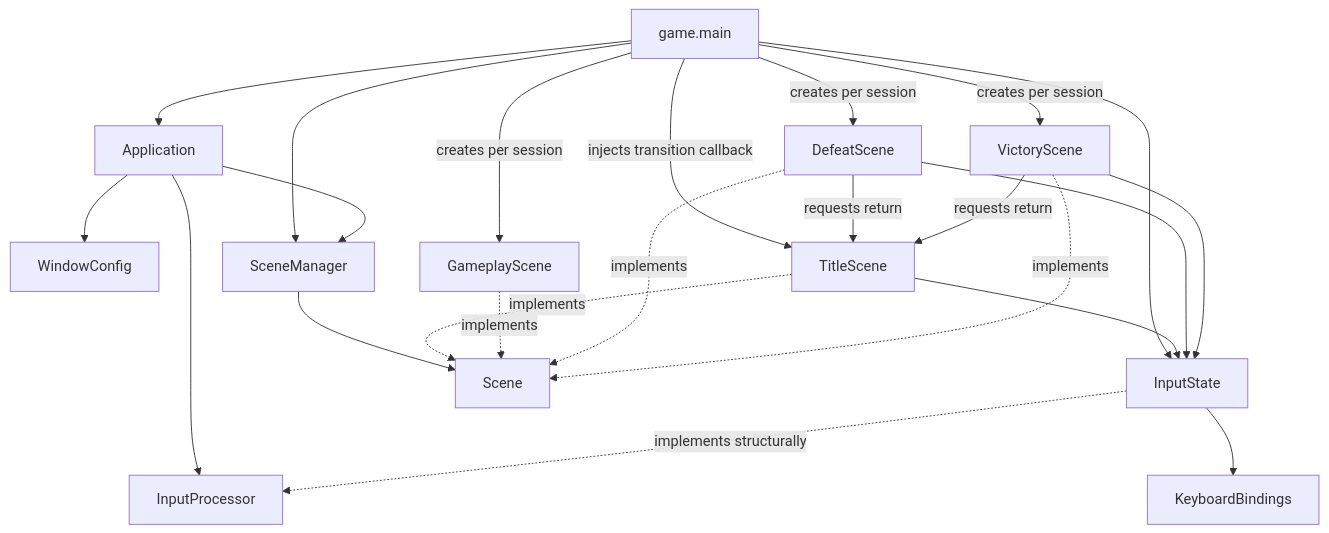
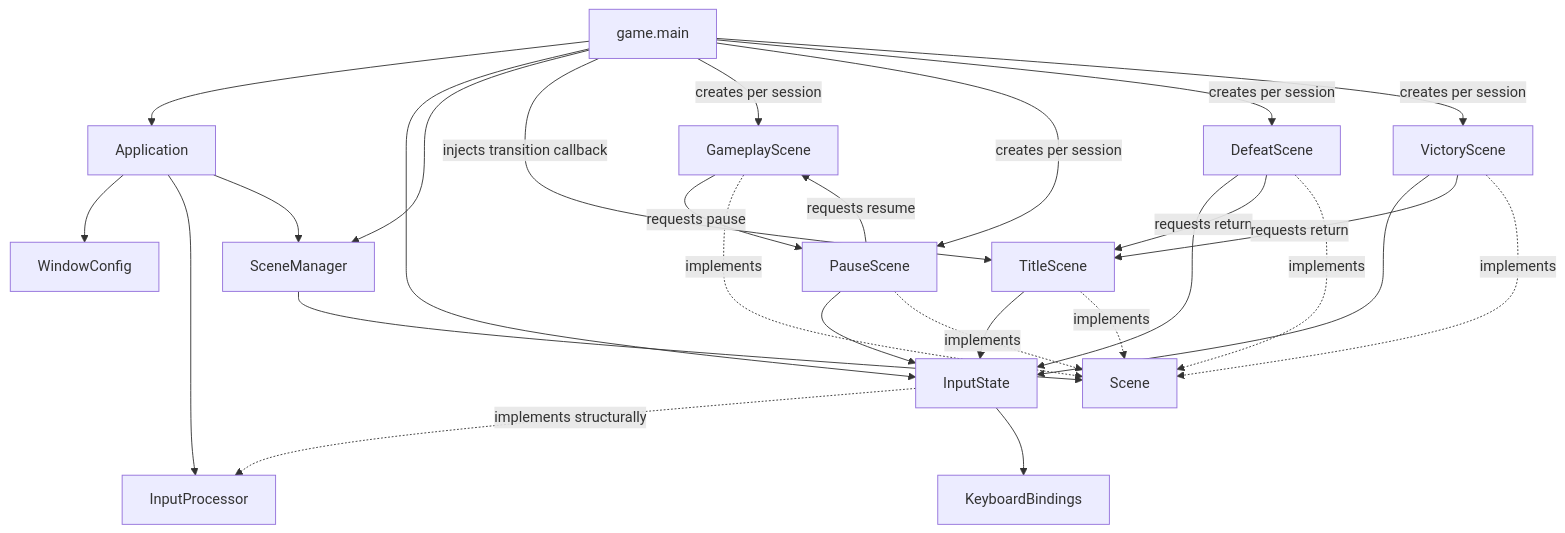
The first of 3 diagrams in docs/architecture/overview.md (VincentMardon/my_first_adventure_game), drawn with Mermaid before and after one commit. The commit also changed other lines of this file and 14 other files, not shown here.

Commit message:
feat(scenes): add pause and resume flow

````diff
--- a/docs/architecture/overview.md
+++ b/docs/architecture/overview.md
@@ -185,41 +189,47 @@
 ```mermaid
 flowchart TD
     GameMain["game.main"]
     Application["Application"]
     WindowConfig["WindowConfig"]
     InputProcessor["InputProcessor"]
     InputState["InputState"]
     KeyboardBindings["KeyboardBindings"]
     SceneManager["SceneManager"]
     Scene["Scene"]
     TitleScene["TitleScene"]
     GameplayScene["GameplayScene"]
+    PauseScene["PauseScene"]
     DefeatScene["DefeatScene"]
     VictoryScene["VictoryScene"]
 
     GameMain --> Application
     GameMain --> InputState
     GameMain --> SceneManager
     GameMain -->|"injects transition callback"| TitleScene
     GameMain -->|"creates per session"| GameplayScene
+    GameMain -->|"creates per session"| PauseScene
     GameMain -->|"creates per session"| DefeatScene
     GameMain -->|"creates per session"| VictoryScene
 
     Application --> WindowConfig
     Application --> InputProcessor
     Application --> SceneManager
 
     TitleScene --> InputState
+    GameplayScene -->|"requests pause"| PauseScene
+    PauseScene --> InputState
+    PauseScene -->|"requests resume"| GameplayScene
     DefeatScene --> InputState
     DefeatScene -->|"requests return"| TitleScene
     VictoryScene --> InputState
     VictoryScene -->|"requests return"| TitleScene
 
     InputState -. "implements structurally" .-> InputProcessor
     InputState --> KeyboardBindings
     SceneManager --> Scene
     TitleScene -. "implements" .-> Scene
     GameplayScene -. "implements" .-> Scene
+    PauseScene -. "implements" .-> Scene
     DefeatScene -. "implements" .-> Scene
     VictoryScene -. "implements" .-> Scene
 ```
````
